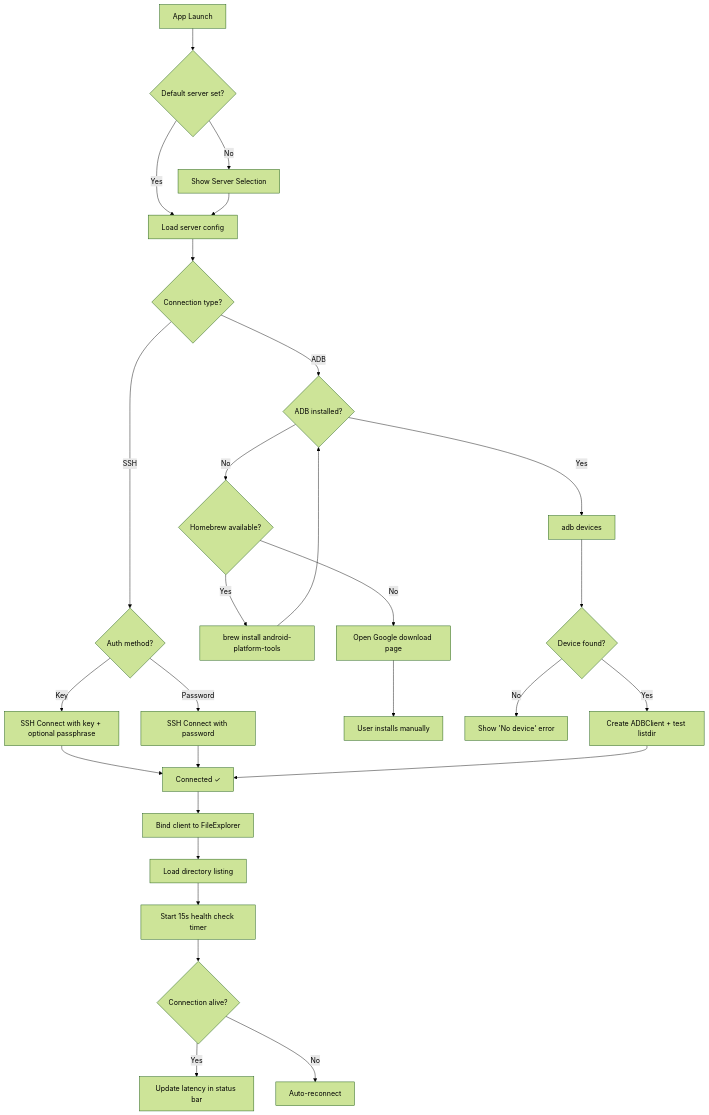
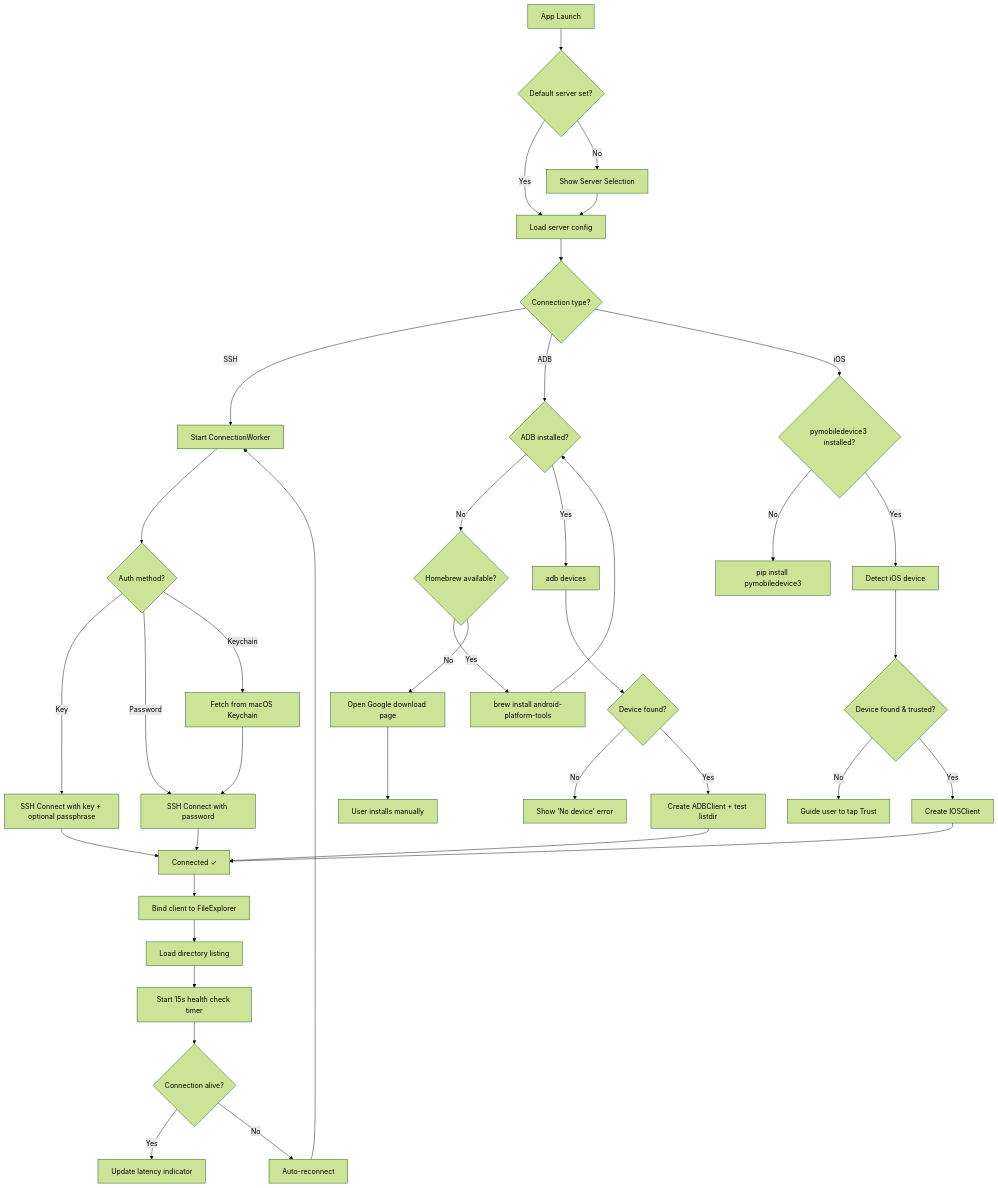
The fourth of 7 diagrams in docs/SYSTEM_DIAGRAM.md (imlocle/filesling), drawn with Mermaid (forest theme) before and after one commit. The commit also changed other lines of this file and 11 other files, not shown here.

````diff
--- a/docs/SYSTEM_DIAGRAM.md
+++ b/docs/SYSTEM_DIAGRAM.md
@@ -145,35 +202,47 @@
 ```mermaid
 flowchart TD
     Start[App Launch] --> CheckDefault{Default server set?}
     CheckDefault -->|Yes| LoadServer[Load server config]
     CheckDefault -->|No| ShowDialog[Show Server Selection]
     ShowDialog --> LoadServer
 
     LoadServer --> CheckType{Connection type?}
-    CheckType -->|SSH| CheckAuth{Auth method?}
+    CheckType -->|SSH| StartCW[Start ConnectionWorker]
     CheckType -->|ADB| CheckADB{ADB installed?}
+    CheckType -->|iOS| CheckIOS{pymobiledevice3 installed?}
 
+    StartCW --> CheckAuth{Auth method?}
     CheckAuth -->|Key| ConnSSH[SSH Connect with key + optional passphrase]
     CheckAuth -->|Password| ConnSSHPW[SSH Connect with password]
+    CheckAuth -->|Keychain| FetchKC[Fetch from macOS Keychain]
+    FetchKC --> ConnSSHPW
     ConnSSH --> Connected
     ConnSSHPW --> Connected
 
     CheckADB -->|No| PromptInstall{Homebrew available?}
     PromptInstall -->|Yes| BrewInstall[brew install android-platform-tools]
     PromptInstall -->|No| OpenGoogle[Open Google download page]
     BrewInstall --> CheckADB
     OpenGoogle --> End[User installs manually]
 
     CheckADB -->|Yes| FindDevice[adb devices]
     FindDevice --> DeviceFound{Device found?}
     DeviceFound -->|No| ShowError[Show 'No device' error]
     DeviceFound -->|Yes| ConnADB[Create ADBClient + test listdir]
 
+    CheckIOS -->|No| PromptPip[pip install pymobiledevice3]
+    CheckIOS -->|Yes| FindIOS[Detect iOS device]
+    FindIOS --> IOSFound{Device found & trusted?}
+    IOSFound -->|No| TrustPrompt[Guide user to tap Trust]
+    IOSFound -->|Yes| ConnIOS[Create IOSClient]
+
     ConnADB --> Connected[Connected ✓]
+    ConnIOS --> Connected
     Connected --> SetExplorer[Bind client to FileExplorer]
     SetExplorer --> Refresh[Load directory listing]
     Refresh --> HealthTimer[Start 15s health check timer]
     HealthTimer --> CheckAlive{Connection alive?}
-    CheckAlive -->|Yes| UpdateLatency[Update latency in status bar]
+    CheckAlive -->|Yes| UpdateLatency[Update latency indicator]
     CheckAlive -->|No| AutoReconnect[Auto-reconnect]
+    AutoReconnect --> StartCW
 ```
````
